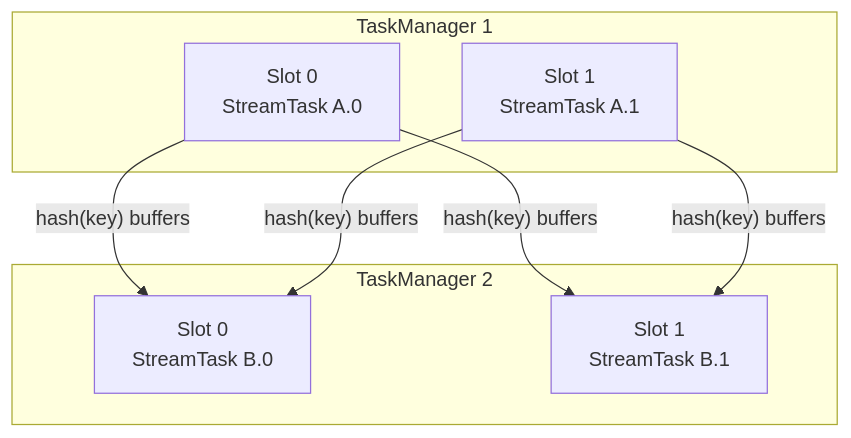
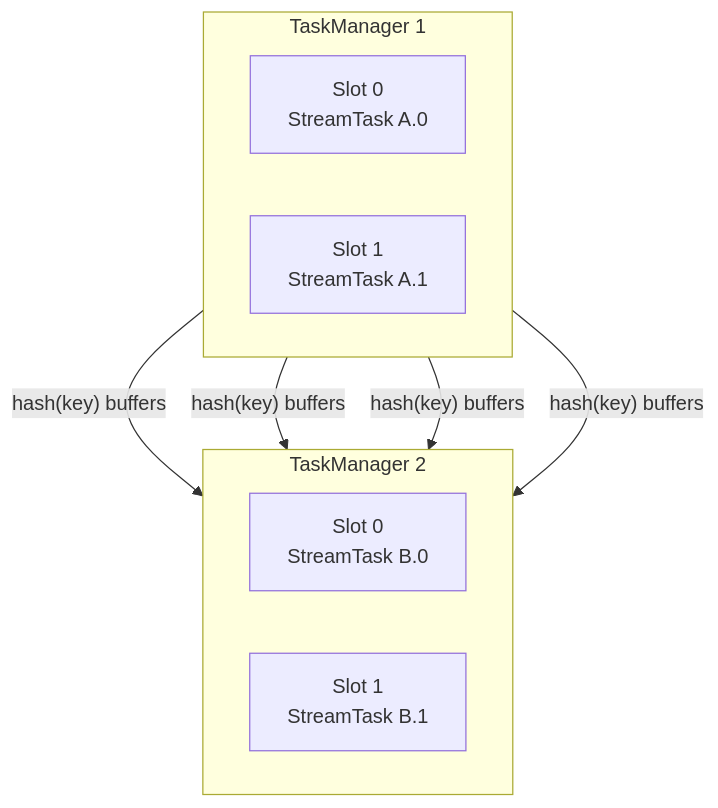
Before and after one commit to kevinwang930/kevinwang930.github.io: the first of 2 diagrams in content/post/data/stream/flink/taskmanager/index.md, drawn with Mermaid. The commit also changed 2 other files, not shown here.

````diff
--- a/content/post/data/stream/flink/taskmanager/index.md
+++ b/content/post/data/stream/flink/taskmanager/index.md
@@ -43,15 +43,17 @@
 ```mermaid
 flowchart TB
   subgraph TM1["TaskManager 1"]
-    S0["Slot 0\nStreamTask A.0"]
-    S1["Slot 1\nStreamTask A.1"]
+    direction LR
+    S0["Slot 0<br>StreamTask A.0"]
+    S1["Slot 1<br>StreamTask A.1"]
   end
   subgraph TM2["TaskManager 2"]
-    S2["Slot 0\nStreamTask B.0"]
-    S3["Slot 1\nStreamTask B.1"]
+    direction LR
+    S2["Slot 0<br>StreamTask B.0"]
+    S3["Slot 1<br>StreamTask B.1"]
   end
   S0 -->|"hash(key) buffers"| S2
   S0 -->|"hash(key) buffers"| S3
   S1 -->|"hash(key) buffers"| S2
   S1 -->|"hash(key) buffers"| S3
 ```
````
